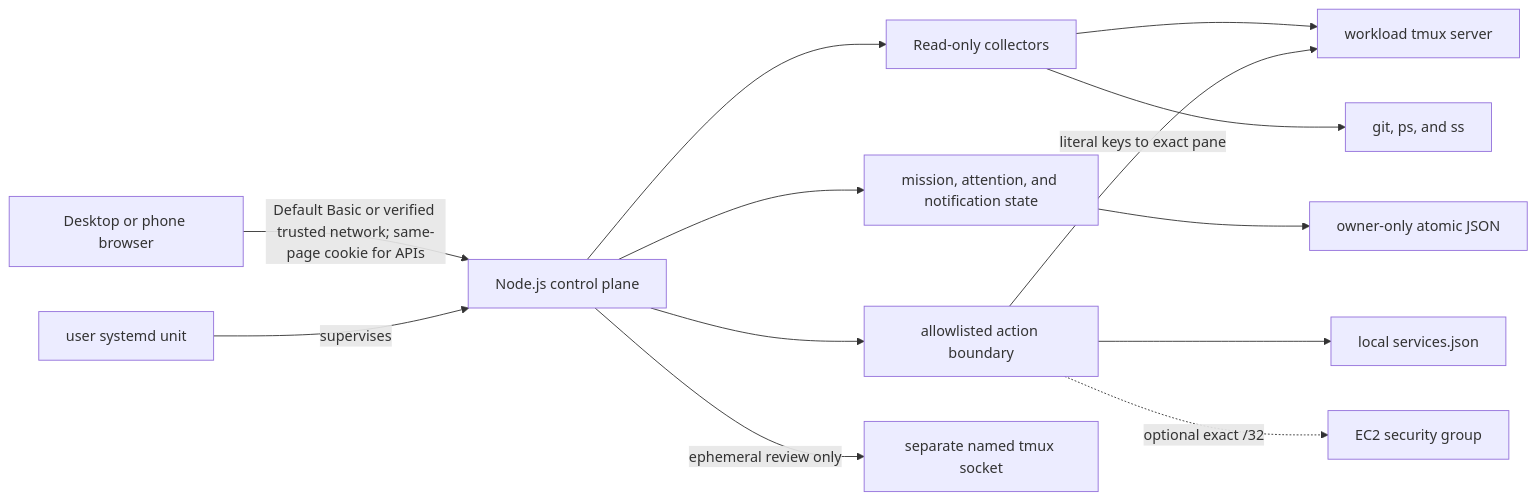
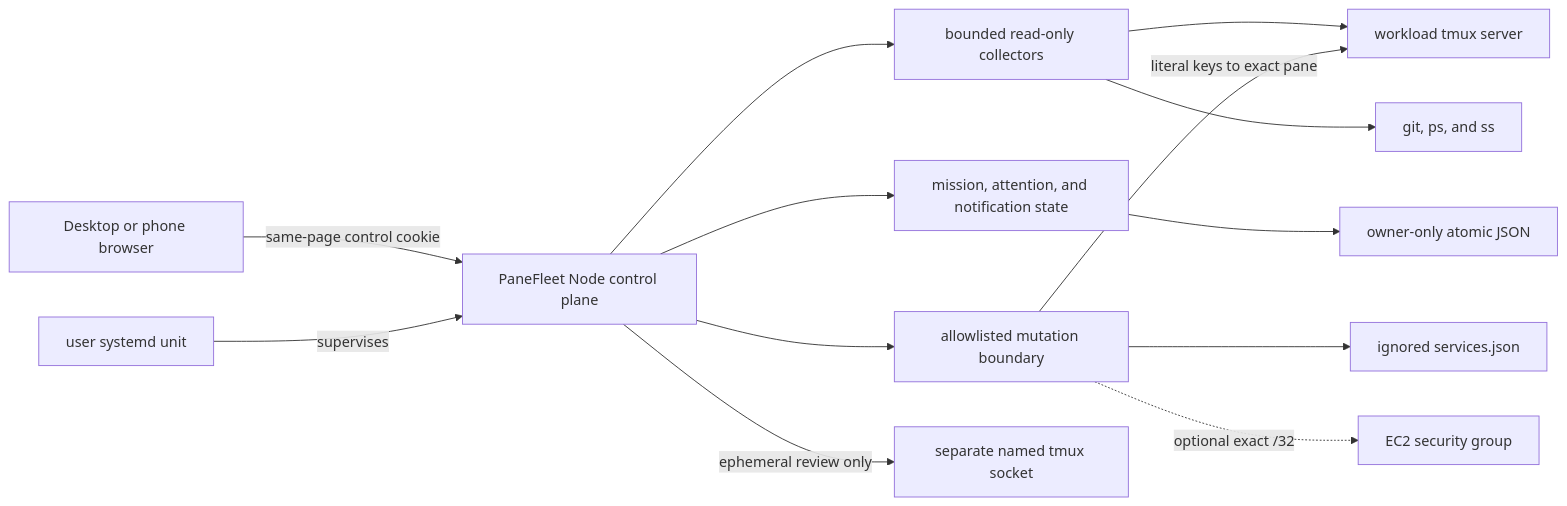
One commit to jmac4909/PaneFleet changed the diagram in README.md. Above: the diagram before and after it, drawn with Mermaid. The commit also changed other lines of this file and 31 other files, not shown here.

Commit message:
Rebrand public project as PaneFleet

````diff
--- a/README.md
+++ b/README.md
@@ -47,19 +106,19 @@
 ```mermaid
 flowchart LR
-    Browser[Desktop or phone browser] -->|Default Basic or verified trusted network; same-page cookie for APIs| Control[Node.js control plane]
+    Browser[Desktop or phone browser] -->|same-page control cookie| Control[PaneFleet Node control plane]
     Systemd[user systemd unit] -->|supervises| Control
 
-    Control --> Read[Read-only collectors]
-    Read --> Tmux[workload tmux server]
-    Read --> Host[git, ps, and ss]
+    Control --> Collect[bounded read-only collectors]
+    Collect --> Tmux[workload tmux server]
+    Collect --> Host[git, ps, and ss]
 
     Control --> Domain[mission, attention, and notification state]
     Domain --> Data[owner-only atomic JSON]
 
-    Control --> Guard[allowlisted action boundary]
+    Control --> Guard[allowlisted mutation boundary]
     Guard -->|literal keys to exact pane| Tmux
-    Guard --> Registry[local services.json]
+    Guard --> Registry[ignored services.json]
     Guard -. optional exact /32 .-> Cloud[EC2 security group]
 
     Control -->|ephemeral review only| Review[separate named tmux socket]
 ```
````
